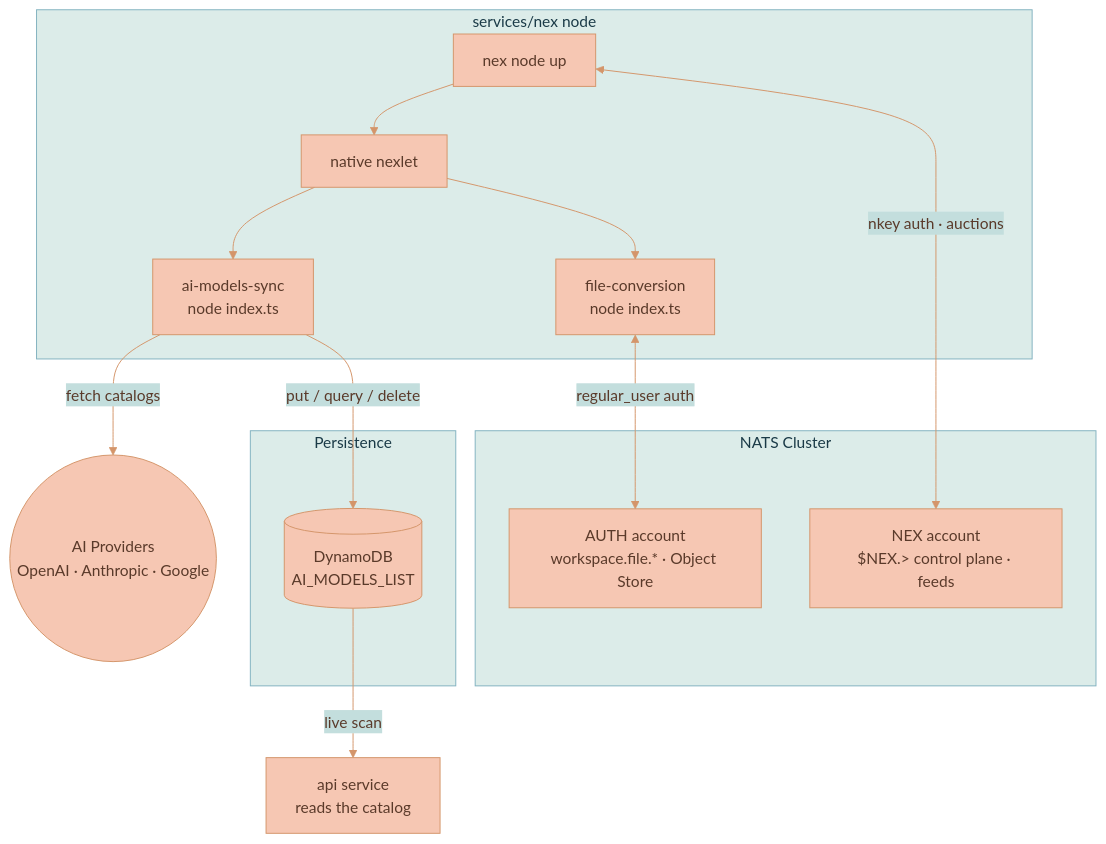
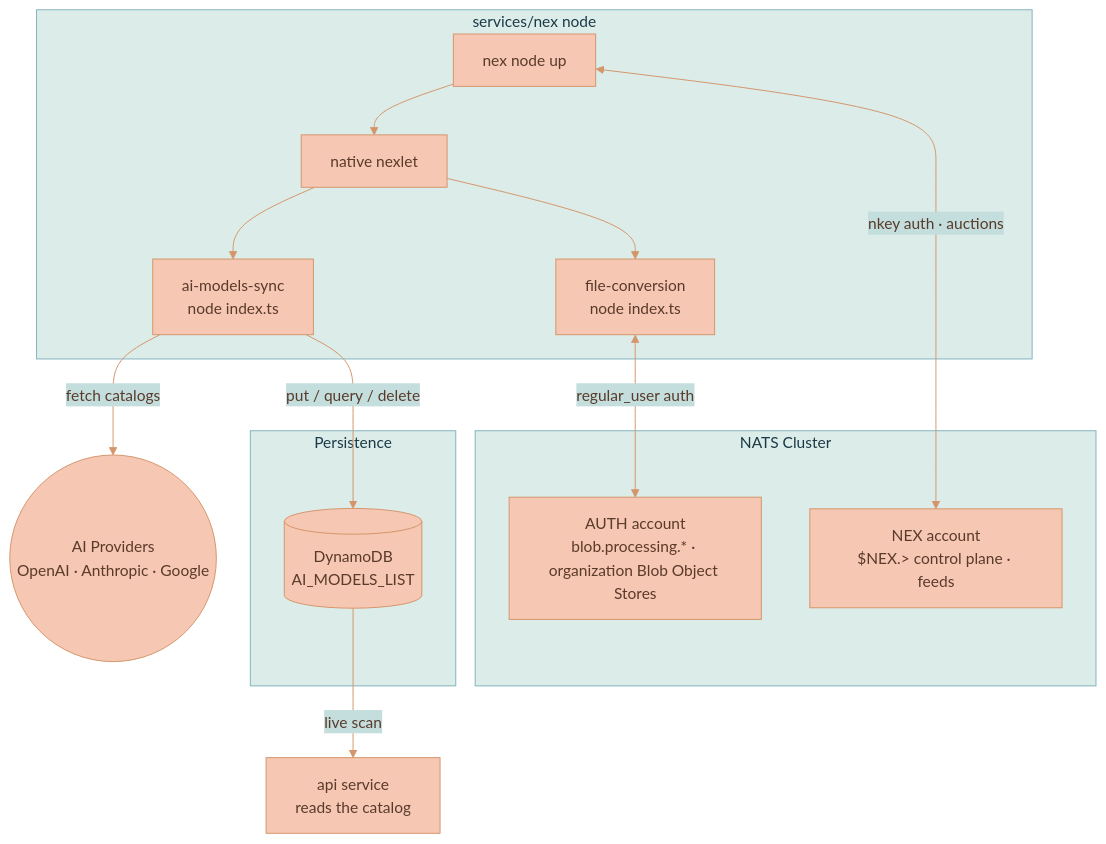
The diagram in documentation/platform/deployment/NEX-EXECUTION-ENGINE.md (Lixpi/lixpi), drawn with Mermaid before and after one commit. The commit also changed other lines of this file and 225 other files, not shown here.

````diff
--- a/documentation/platform/deployment/NEX-EXECUTION-ENGINE.md
+++ b/documentation/platform/deployment/NEX-EXECUTION-ENGINE.md
@@ -22,28 +22,28 @@
 ```mermaid
 %%{init: {'theme': 'base', 'themeVariables': { 'primaryColor': '#F6C7B3', 'primaryTextColor': '#5a3a2a', 'primaryBorderColor': '#d4956a', 'secondaryColor': '#C3DEDD', 'secondaryTextColor': '#1a3a47', 'secondaryBorderColor': '#4a8a9d', 'tertiaryColor': '#DCECE9', 'tertiaryTextColor': '#1a3a47', 'tertiaryBorderColor': '#82B2C0', 'lineColor': '#d4956a', 'textColor': '#5a3a2a'}}}%%
 graph TB
     subgraph Cluster["NATS Cluster"]
         NEXBUS["NEX account<br/>$NEX.> control plane · feeds"]
-        AUTHBUS["AUTH account<br/>workspace.file.* · Object Store"]
+        AUTHBUS["AUTH account<br/>blob.processing.* · organization Blob Object Stores"]
     end
     subgraph Node["services/nex node"]
         N["nex node up"]
         NX["native nexlet"]
         W["ai-models-sync<br/>node index.ts"]
         F["file-conversion<br/>node index.ts"]
         N --> NX
         NX --> W
         NX --> F
     end
     subgraph Store["Persistence"]
         DDB[("DynamoDB<br/>AI_MODELS_LIST")]
     end
     Providers(("AI Providers<br/>OpenAI · Anthropic · Google"))
     API["api service<br/>reads the catalog"]
 
     N <-->|"nkey auth · auctions"| NEXBUS
     W -->|fetch catalogs| Providers
     W -->|put / query / delete| DDB
     F <-->|regular_user auth| AUTHBUS
     DDB -->|live scan| API
 ```
````
